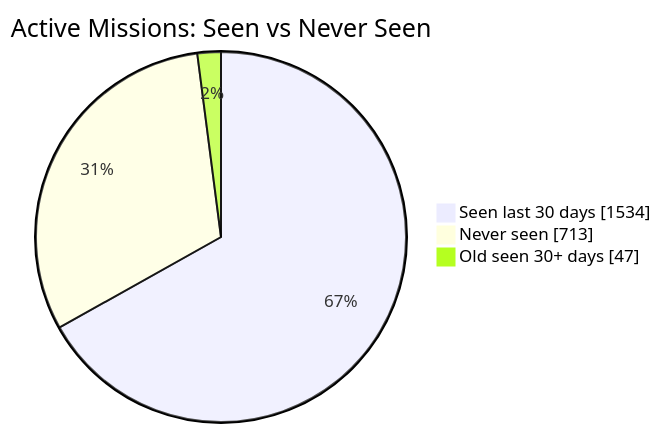
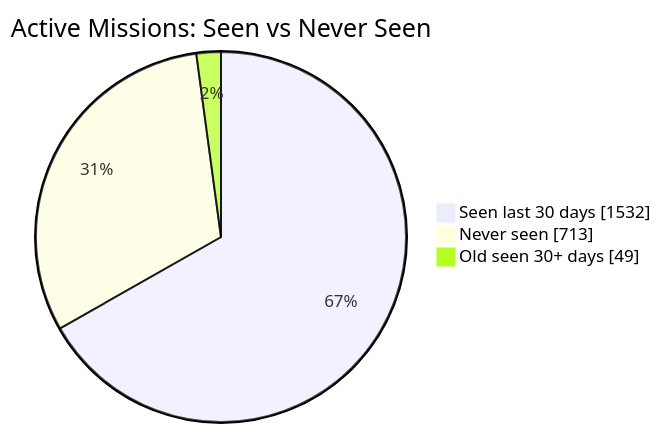
The first of 2 diagrams in README.md (MeldkamerspelGameTeam/active-missions), drawn with Mermaid before and after one commit. The commit also changed other lines of this file and 3 other files, not shown here.

````diff
--- a/README.md
+++ b/README.md
@@ -34,7 +34,7 @@
 ```mermaid
 pie showData
     title Active Missions: Seen vs Never Seen
-    "Seen last 30 days" : 1534
+    "Seen last 30 days" : 1532
     "Never seen" : 713
-    "Old seen 30+ days" : 47
+    "Old seen 30+ days" : 49
 ```
````
